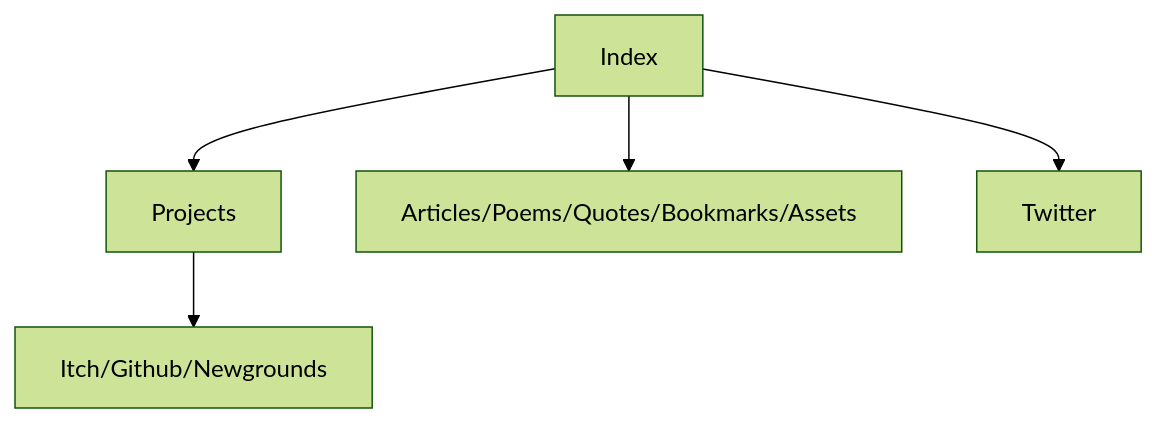
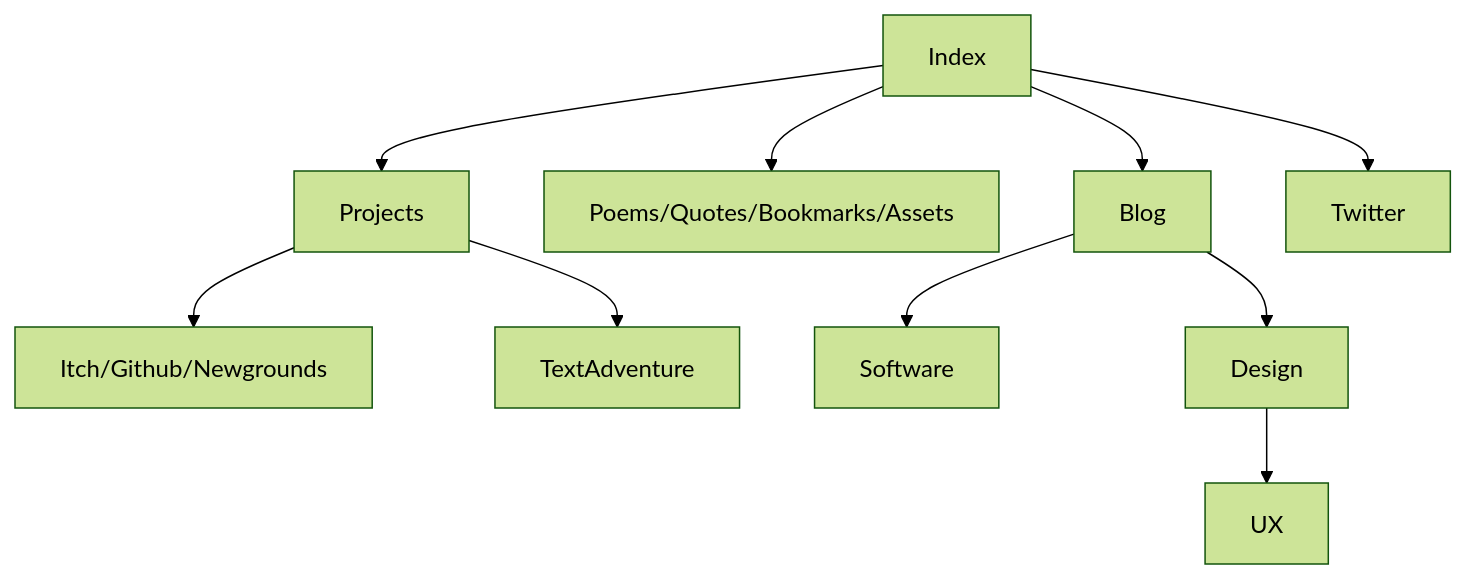
The diagram in README.md (boukew99/boukew99.github.io), drawn with Mermaid (forest theme) before and after one commit. The commit also changed other lines of this file, not shown here.

````diff
--- a/README.md
+++ b/README.md
@@ -5,6 +5,12 @@
 ```mermaid
 graph TD;
-    Index-->Projects-->Itch/Github/Newgrounds;
-    Index-->Articles/Poems/Quotes/Bookmarks/Assets;
+    Index-->Projects-->Itch/Github/Newgrounds; 
+        Projects-->TextAdventure
+  
+    Index-->Poems/Quotes/Bookmarks/Assets;    
+    Index-->Blog;
+        Blog-->Software;
+        Blog-->Design-->UX;
+        
     Index-->Twitter
 ```
````
